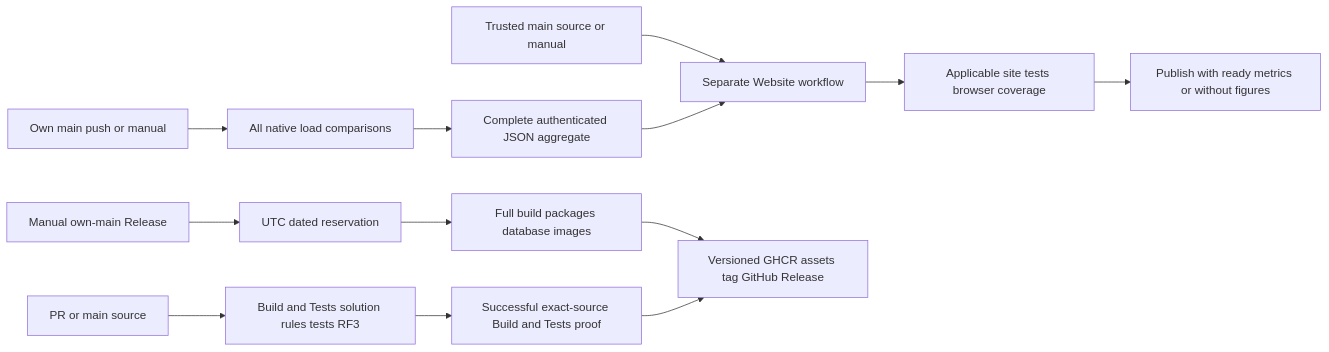
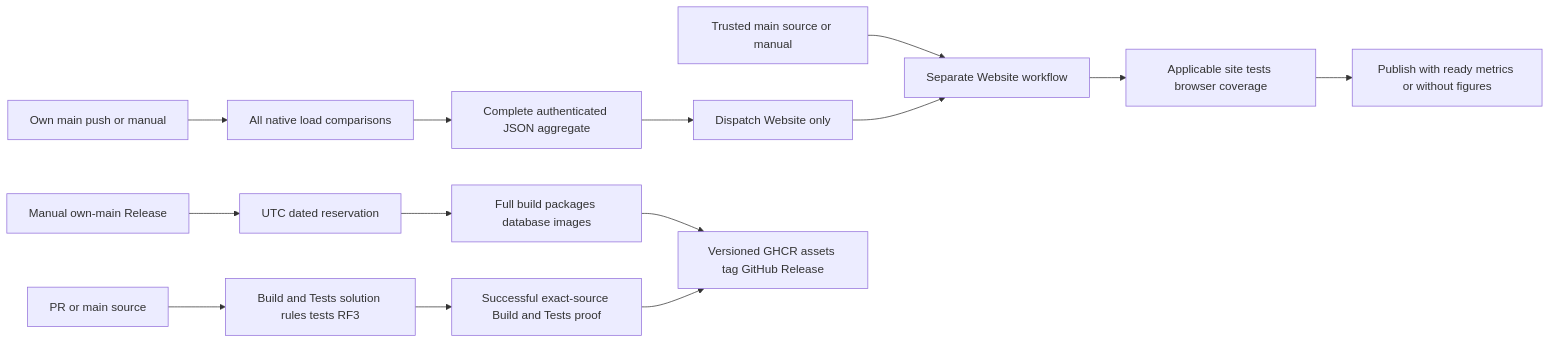
Before and after one commit to managedcode/KeyLoad: the second of 2 diagrams in docs/Features/ReleaseDelivery.md, drawn with Mermaid. The commit also changed 14 other files, not shown here.

Commit message:
Trigger the standalone Website workflow at the end of Benchmarks

````diff
--- a/docs/Features/ReleaseDelivery.md
+++ b/docs/Features/ReleaseDelivery.md
@@ -54,15 +54,16 @@
 ```mermaid
 flowchart LR
     PR[PR or main source] --> CI[Build and Tests solution rules tests RF3]
     Main[Own main push or manual] --> Benchmarks[All native load comparisons]
     Benchmarks --> Aggregate[Complete authenticated JSON aggregate]
     WebSource[Trusted main source or manual] --> Website[Separate Website workflow]
-    Aggregate --> Website
+    Aggregate --> Trigger[Dispatch Website only]
+    Trigger --> Website
     Website --> Qualify[Applicable site tests browser coverage]
     Qualify --> Deploy[Publish with ready metrics or without figures]
     Manual[Manual own-main Release] --> Version[UTC dated reservation]
     Version --> Build[Full build packages database images]
     CI --> SourceGate[Successful exact-source Build and Tests proof]
     Build --> Publish[Versioned GHCR assets tag GitHub Release]
     SourceGate --> Publish
 ```
````
